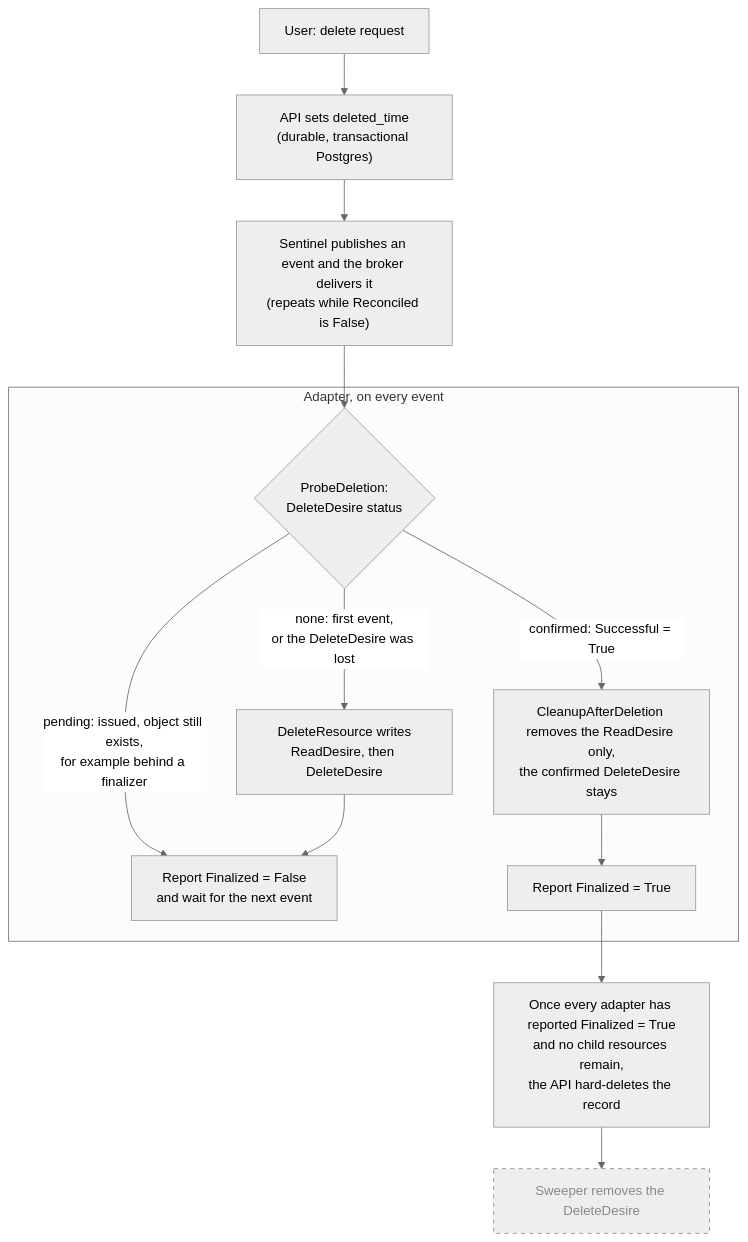
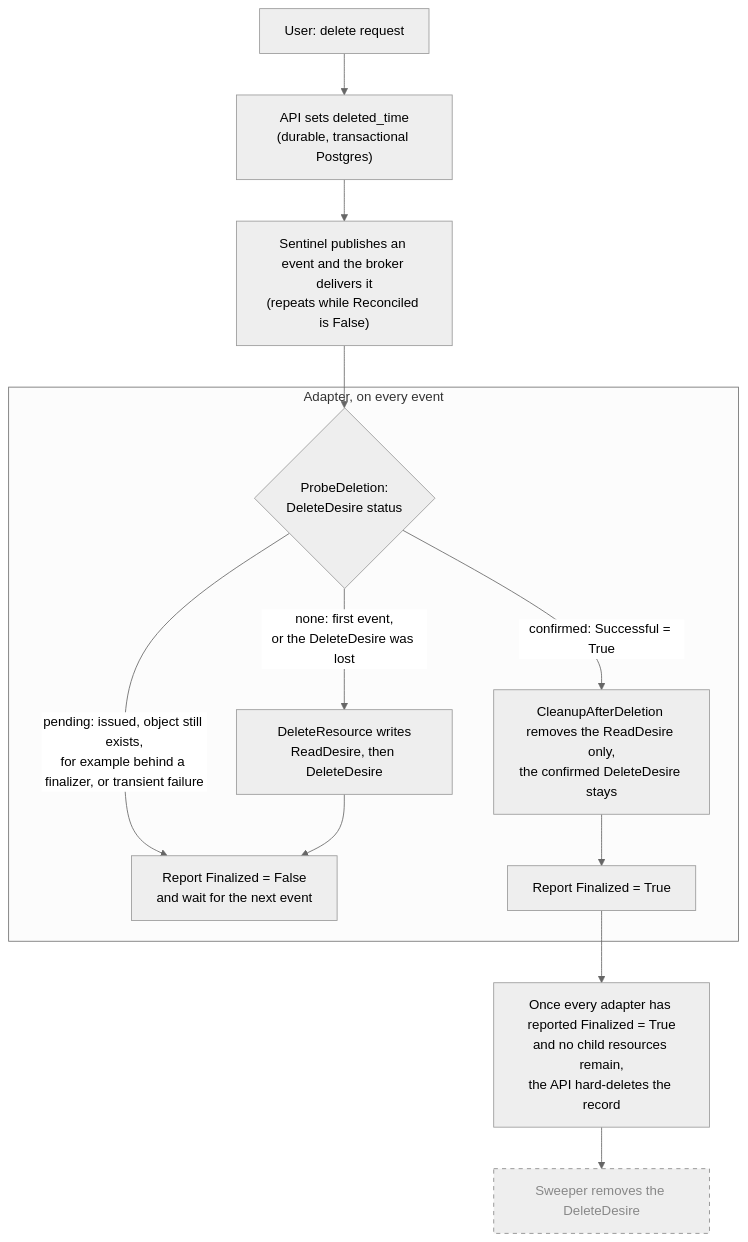
Before and after one commit to openshift-hyperfleet/architecture: the fifth of 5 diagrams in hyperfleet/components/adapter/framework/lifecycle/adapter-lifecycle-delete-design.md, drawn with Mermaid (neutral theme). The commit also changed 1 other file, not shown here.

Commit message:
HYPERFLEET-1841 - docs: add link, tested behavior, clarify

````diff
--- a/hyperfleet/components/adapter/framework/lifecycle/adapter-lifecycle-delete-design.md
+++ b/hyperfleet/components/adapter/framework/lifecycle/adapter-lifecycle-delete-design.md
@@ -764,24 +764,24 @@
 ```mermaid
 flowchart TD
     REQ["User: delete request"] --> API["API sets deleted_time<br/>(durable, transactional Postgres)"]
     API --> EVT["Sentinel publishes an event and the broker delivers it<br/>(repeats while Reconciled is False)"]
 
     subgraph ADAPTER["Adapter, on every event"]
         PROBE{"ProbeDeletion:<br/>DeleteDesire status"}
         WRITE["DeleteResource writes<br/>ReadDesire, then DeleteDesire"]
         WAIT["Report Finalized = False<br/>and wait for the next event"]
         CLEAN["CleanupAfterDeletion removes the ReadDesire only,<br/>the confirmed DeleteDesire stays"]
         FINAL["Report Finalized = True"]
         PROBE -->|"none: first event,<br/>or the DeleteDesire was lost"| WRITE
-        PROBE -->|"pending: issued, object still exists,<br/>for example behind a finalizer"| WAIT
+        PROBE -->|"pending: issued, object still exists,<br/>for example behind a finalizer, or transient failure"| WAIT
         PROBE -->|"confirmed: Successful = True"| CLEAN
         WRITE --> WAIT
         CLEAN --> FINAL
     end
 
     EVT --> PROBE
     FINAL --> HARD["Once every adapter has reported Finalized = True<br/>and no child resources remain,<br/>the API hard-deletes the record"]
     HARD --> SWEEP["Sweeper removes the DeleteDesire"]
 
     style SWEEP stroke:#888,color:#888,stroke-dasharray: 5 5
 ```
````
